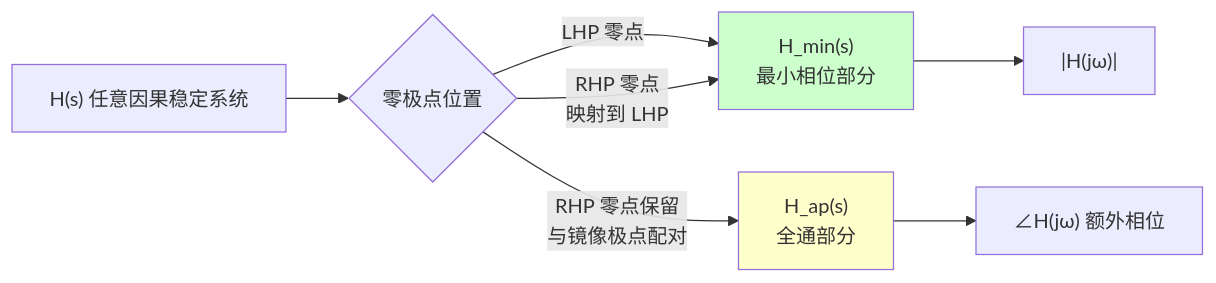
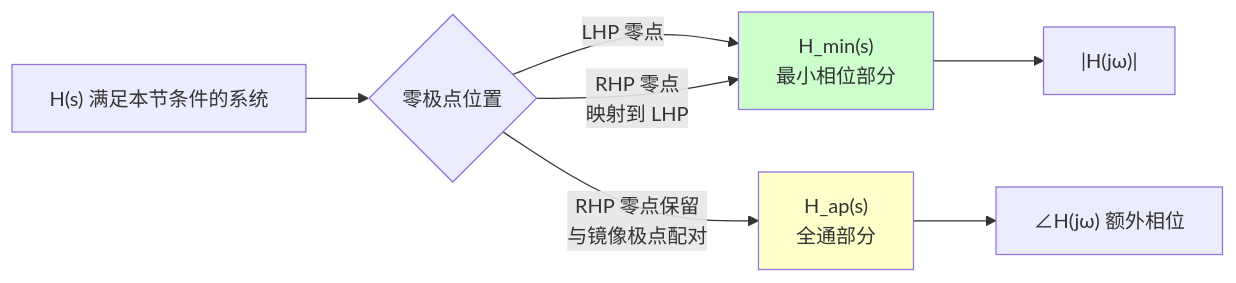
Before and after one commit to ccwanggl/EEKnowledgeSpace: the fourth of 6 diagrams in 01-Foundations/05-信号与系统/008-极点零点与系统稳定性.md, drawn with Mermaid. The commit also changed other lines of this file and 17 other files, not shown here.

````diff
--- a/01-Foundations/05-信号与系统/008-极点零点与系统稳定性.md
+++ b/01-Foundations/05-信号与系统/008-极点零点与系统稳定性.md
@@ -313,13 +314,13 @@
 ```mermaid
 graph LR
-    A["H(s) 任意因果稳定系统"] --> B{"零极点位置"}
+    A["H(s) 满足本节条件的系统"] --> B{"零极点位置"}
     B -->|"LHP 零点"| C["H_min(s)<br/>最小相位部分"]
     B -->|"RHP 零点<br/>映射到 LHP"| C
     B -->|"RHP 零点保留<br/>与镜像极点配对"| D["H_ap(s)<br/>全通部分"]
-    
+
     C --> E["|H(jω)|"]
     D --> F["∠H(jω) 额外相位"]
-    
+
     style C fill:#ccffcc
     style D fill:#ffffcc
 ```
````
